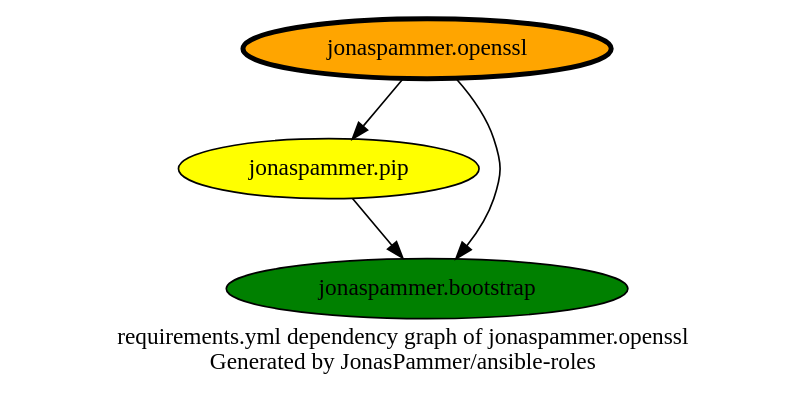
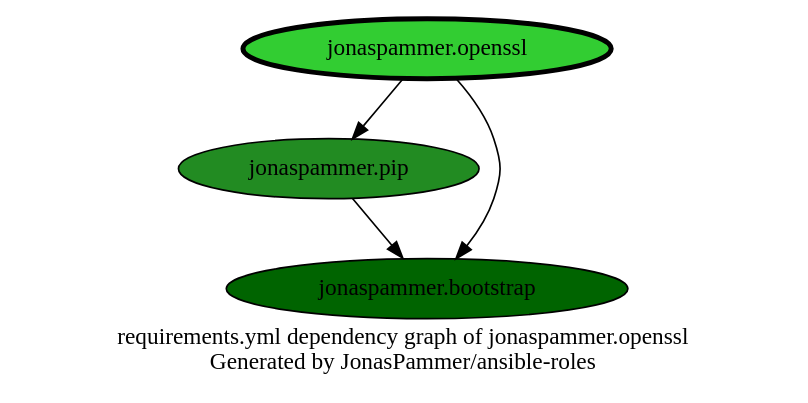
The diagram in graphs/dependencies_openssl.dot (JonasPammer/ansible-roles), drawn with Graphviz before and after one commit. The commit also changed 33 other files, not shown here.

```diff
--- a/graphs/dependencies_openssl.dot
+++ b/graphs/dependencies_openssl.dot
@@ -1,15 +1,15 @@
 // This file is generated from `templates/dependencies_single.adoc.jinja2` by Github CI, all local changes will be lost eventually.
 digraph hierarchy {
   label = "requirements.yml dependency graph of jonaspammer.openssl \n Generated by JonasPammer/ansible-roles" ;
   overlap=false
 
   {
-    "jonaspammer.openssl" [fillcolor=orange style=filled penwidth=3]
-    "jonaspammer.pip" [fillcolor=yellow style=filled ]
-    "jonaspammer.bootstrap" [fillcolor=green style=filled ]
+    "jonaspammer.openssl" [fillcolor=limegreen style=filled penwidth=3]
+    "jonaspammer.pip" [fillcolor=forestgreen style=filled ]
+    "jonaspammer.bootstrap" [fillcolor=darkgreen style=filled ]
   }
 
 
   "jonaspammer.openssl" -> {"jonaspammer.pip" "jonaspammer.bootstrap"}
   "jonaspammer.pip" -> {"jonaspammer.bootstrap"}
 }
```
